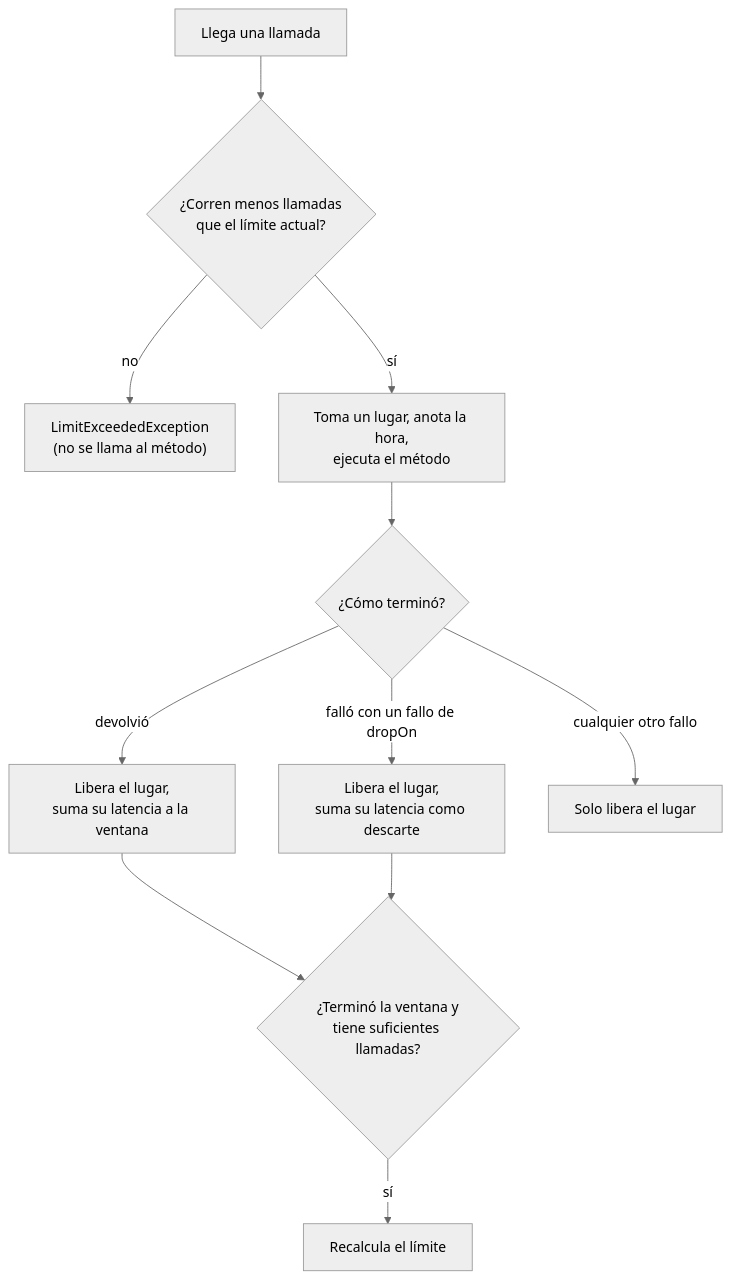
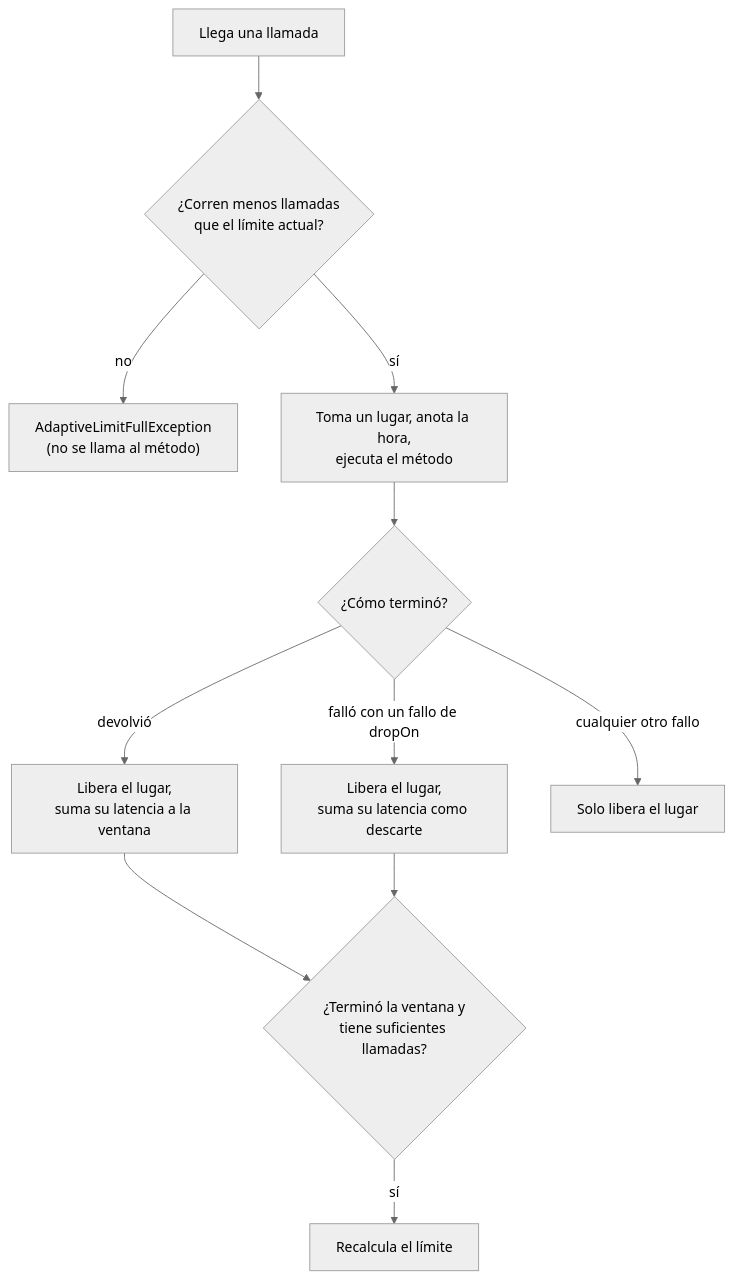
Before and after one commit to fabiangftech/resilience4cata: the diagram in docs/es/policies/adaptive-limit.md, drawn with Mermaid (neutral theme). The commit also changed other lines of this file and 165 other files, not shown here.

````diff
--- a/docs/es/policies/adaptive-limit.md
+++ b/docs/es/policies/adaptive-limit.md
@@ -61,13 +61,13 @@
 ```mermaid
 flowchart TD
     arrives["Llega una llamada"] --> free{"¿Corren menos llamadas<br/>que el límite actual?"}
-    free -- no --> reject["LimitExceededException<br/>(no se llama al método)"]
+    free -- no --> reject["AdaptiveLimitFullException<br/>(no se llama al método)"]
     free -- sí --> run["Toma un lugar, anota la hora,<br/>ejecuta el método"]
     run --> outcome{"¿Cómo terminó?"}
     outcome -- "devolvió" --> sample["Libera el lugar,<br/>suma su latencia a la ventana"]
     outcome -- "falló con un fallo de dropOn" --> drop["Libera el lugar,<br/>suma su latencia como descarte"]
     outcome -- "cualquier otro fallo" --> ignore["Solo libera el lugar"]
     sample --> over{"¿Terminó la ventana y<br/>tiene suficientes llamadas?"}
     drop --> over
     over -- sí --> recompute["Recalcula el límite"]:::signal
 ```
````
